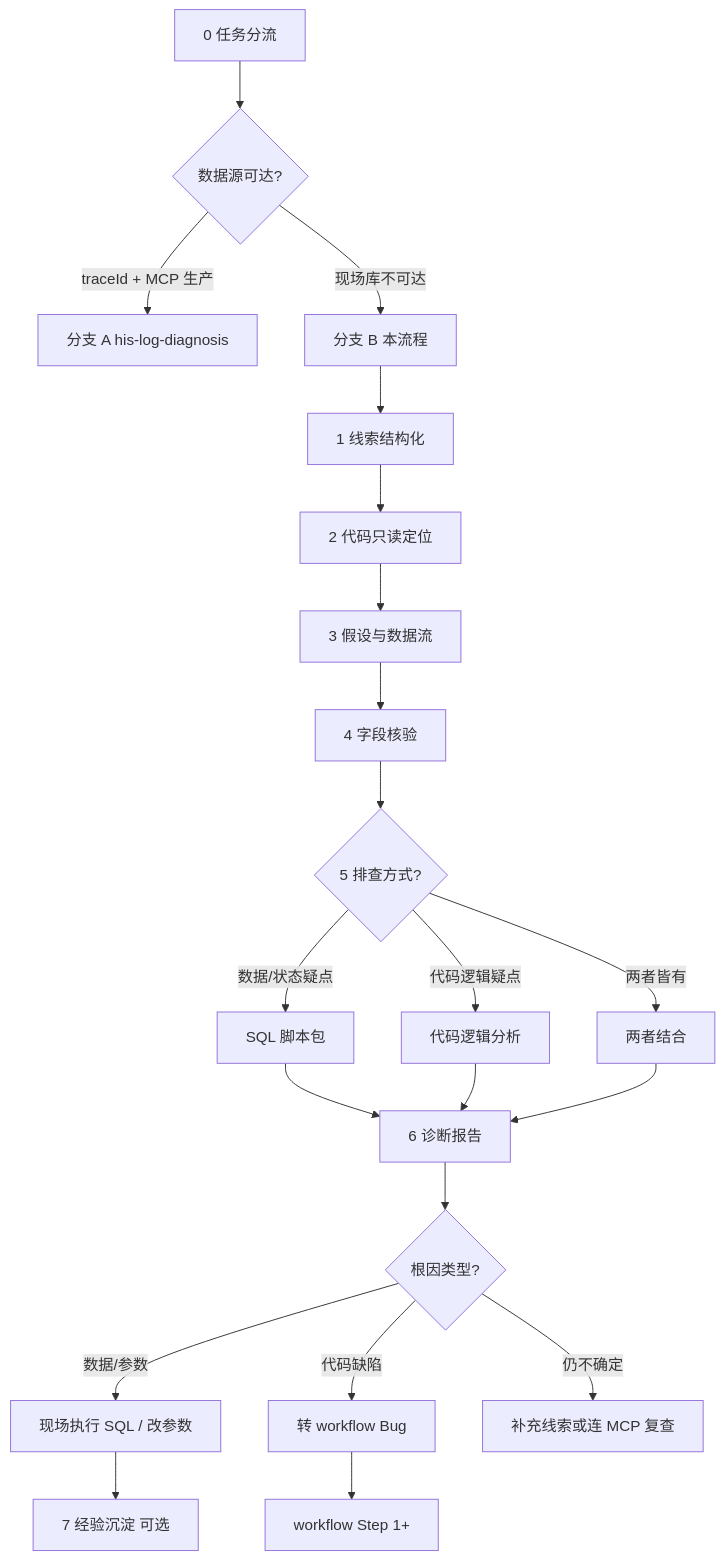
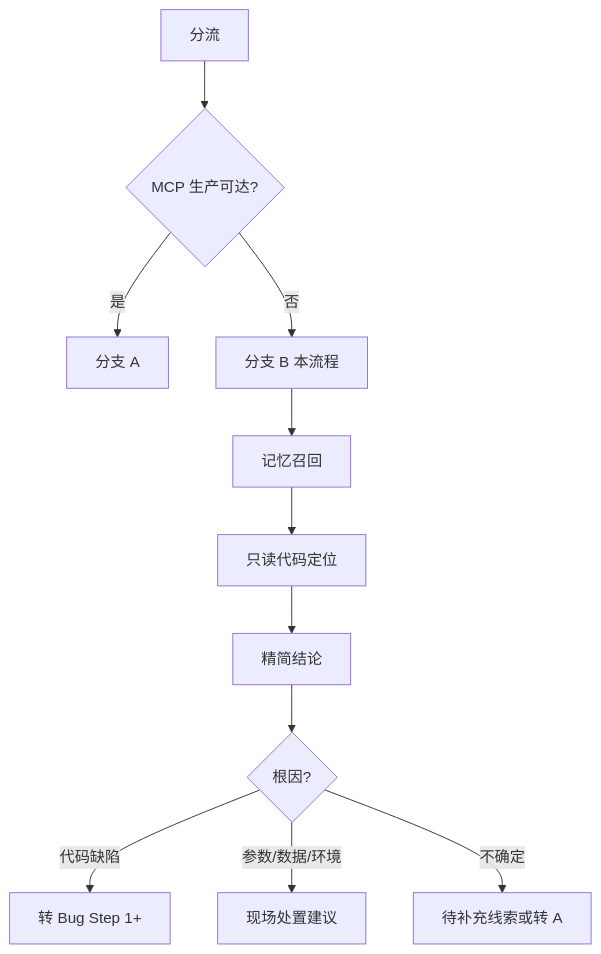
Before and after one commit to zyx379/zoehis_workflow: the diagram in docs/排查/现场离线排查流程.md, drawn with Mermaid. The commit also changed other lines of this file and 20 other files, not shown here.

````diff
--- a/docs/排查/现场离线排查流程.md
+++ b/docs/排查/现场离线排查流程.md
@@ -36,23 +18,13 @@
 ```mermaid
 flowchart TD
-  S0[0 任务分流] --> S1{数据源可达?}
-  S1 -->|traceId + MCP 生产| A[分支 A his-log-diagnosis]
-  S1 -->|现场库不可达| B[分支 B 本流程]
-  B --> B1[1 线索结构化]
-  B1 --> B2[2 代码只读定位]
-  B2 --> B3[3 假设与数据流]
-  B3 --> B4[4 字段核验]
-  B4 --> B5{5 排查方式?}
-  B5 -->|数据/状态疑点| B5a[SQL 脚本包]
-  B5 -->|代码逻辑疑点| B5b[代码逻辑分析]
-  B5 -->|两者皆有| B5c[两者结合]
-  B5a --> B6[6 诊断报告]
-  B5b --> B6
-  B5c --> B6
-  B6 --> B7{根因类型?}
-  B7 -->|数据/参数| B7a[现场执行 SQL / 改参数]
-  B7 -->|代码缺陷| B7b[转 workflow Bug]
-  B7 -->|仍不确定| B7c[补充线索或连 MCP 复查]
-  B7a --> B8[7 经验沉淀 可选]
-  B7b --> W[workflow Step 1+]
+  S0[分流] --> S1{MCP 生产可达?}
+  S1 -->|是| A[分支 A]
+  S1 -->|否| B[分支 B 本流程]
+  B --> M[记忆召回]
+  M --> C[只读代码定位]
+  C --> R[精简结论]
+  R --> D{根因?}
+  D -->|代码缺陷| W[转 Bug Step 1+]
+  D -->|参数/数据/环境| E[现场处置建议]
+  D -->|不确定| L[待补充线索或转 A]
 ```
````
